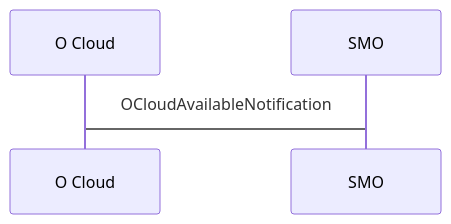
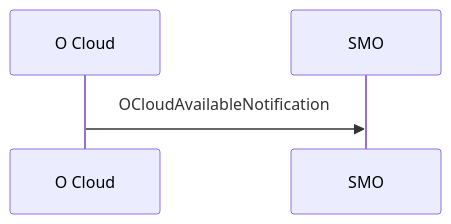
One commit to NTUST-BMW-Lab/documentation-book changed the seventh of 7 diagrams in O-RAN/O2 Interface/2_O2ims_Services.md. Above: the diagram before and after it, drawn with Mermaid. The commit also changed other lines of this file, not shown here.

````diff
--- a/O-RAN/O2 Interface/2_O2ims_Services.md
+++ b/O-RAN/O2 Interface/2_O2ims_Services.md
@@ -374,4 +374,4 @@
 ```mermaid
 sequenceDiagram
-O Cloud->SMO: OCloudAvailableNotification
+O Cloud->>SMO: OCloudAvailableNotification
 ```
````
